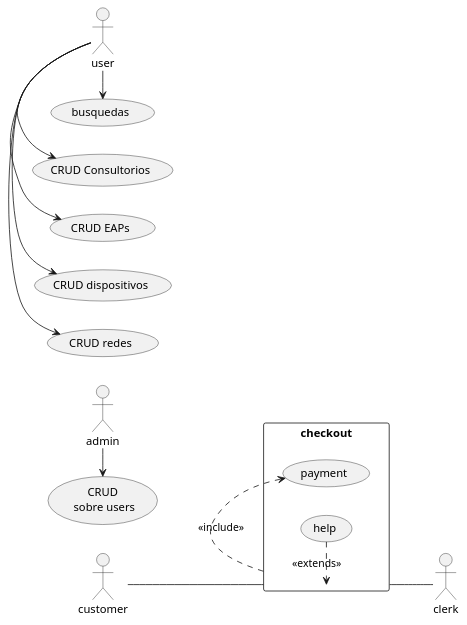
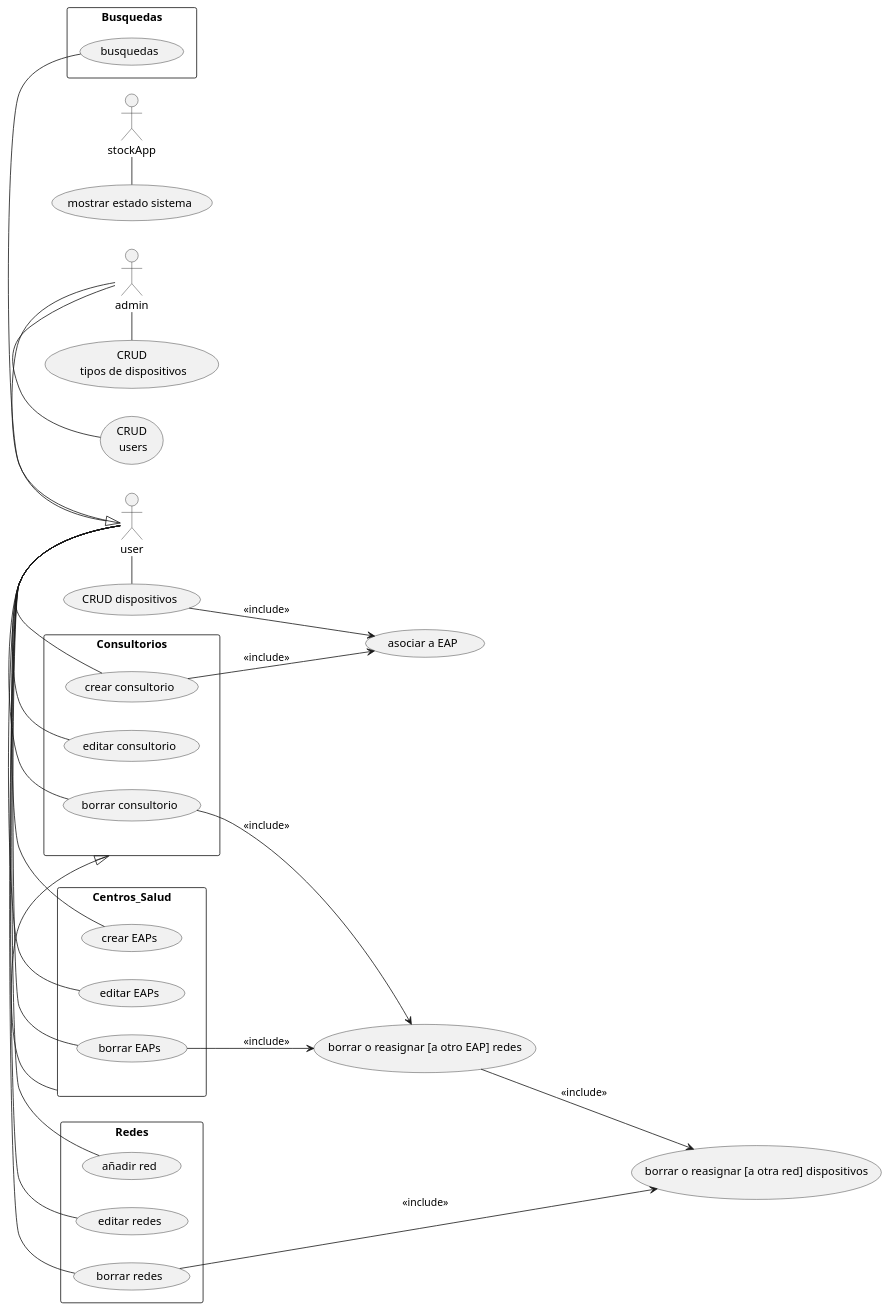
One commit to AriesMOo/testPolymer changed the diagram in doc/useCases.wsd. Above: the diagram before and after it, drawn with PlantUML.

Commit message:
[DOC] avanzando con casos de uso

```diff
--- a/doc/useCases.wsd
+++ b/doc/useCases.wsd
@@ -1,23 +1,44 @@
 @startuml stockApp 
 left to right direction
-skinparam packageStyle rectangle
-
-actor customer
-actor clerk
-rectangle checkout {
-  customer -- (checkout)
-  (checkout) .> (payment) : <<include>>
-  (help) .> (checkout) : <<extends>>
-  (checkout) -- clerk
-}
 
 actor user
 actor admin
+actor stockApp
+admin -|> user
 
-admin -> (CRUD\n sobre users)
-user -> (CRUD redes)
-user -> (CRUD dispositivos)
-user -> (CRUD EAPs)
-user -> (CRUD Consultorios)
-user -> (busquedas)
+admin - (CRUD\n users)
+admin - (CRUD\n tipos de dispositivos)
+user - (CRUD dispositivos)
+
+stockApp - (mostrar estado sistema)
+
+rectangle Centros_Salud {
+  user - (crear EAPs)
+  user - (editar EAPs)
+  user - (borrar EAPs)
+}
+
+rectangle Consultorios {
+  user - (crear consultorio) 
+  user - (editar consultorio)
+  user - (borrar consultorio)
+}
+
+rectangle Redes {
+  user - (añadir red)
+  user - (editar redes)
+  user - (borrar redes)
+}
+
+Consultorios <|- Centros_Salud
+(CRUD dispositivos) --> (asociar a EAP) : <<include>>
+(crear consultorio) --> (asociar a EAP) : <<include>>
+(borrar redes) --> (borrar o reasignar [a otra red] dispositivos) : <<include>>
+(borrar consultorio) --> (borrar o reasignar [a otro EAP] redes) : <<include>>
+(borrar o reasignar [a otro EAP] redes) --> (borrar o reasignar [a otra red] dispositivos) : <<include>>
+(borrar EAPs) --> (borrar o reasignar [a otro EAP] redes) : <<include>>
+
+rectangle Busquedas {
+  user - (busquedas)
+}
 @enduml
```
